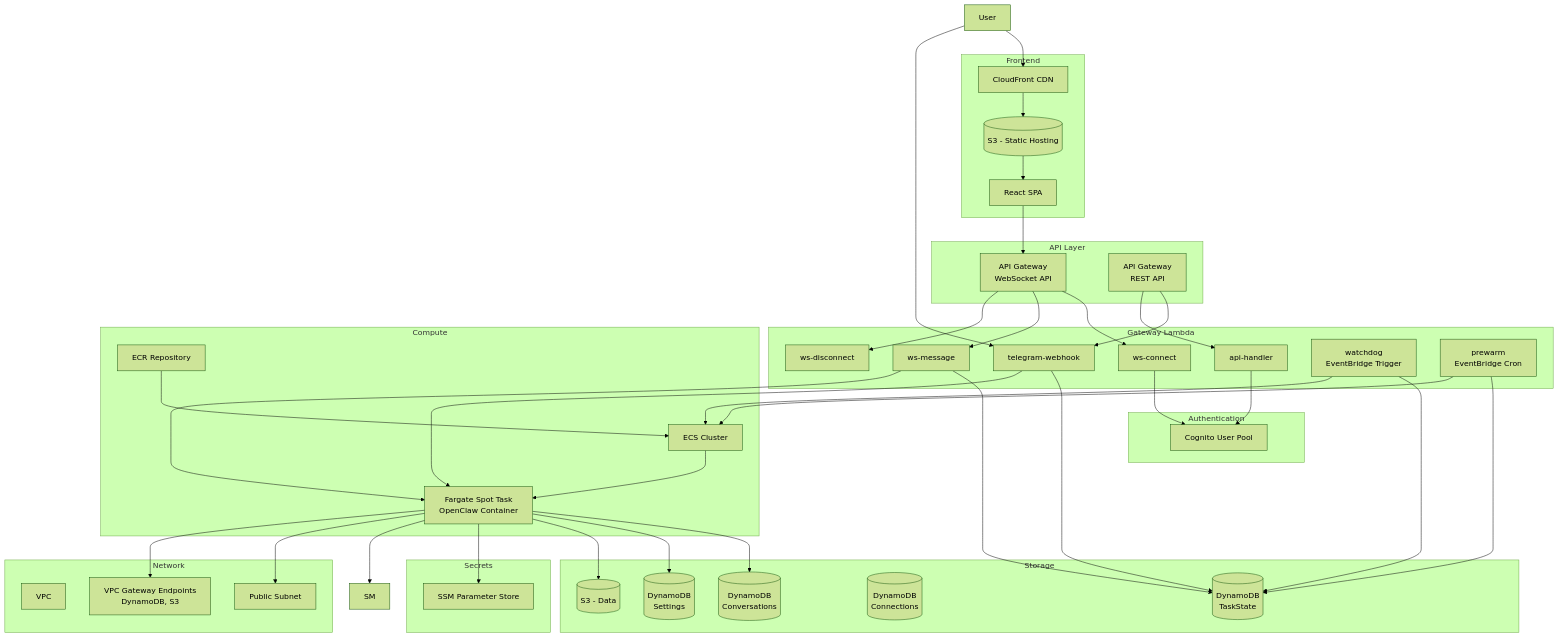
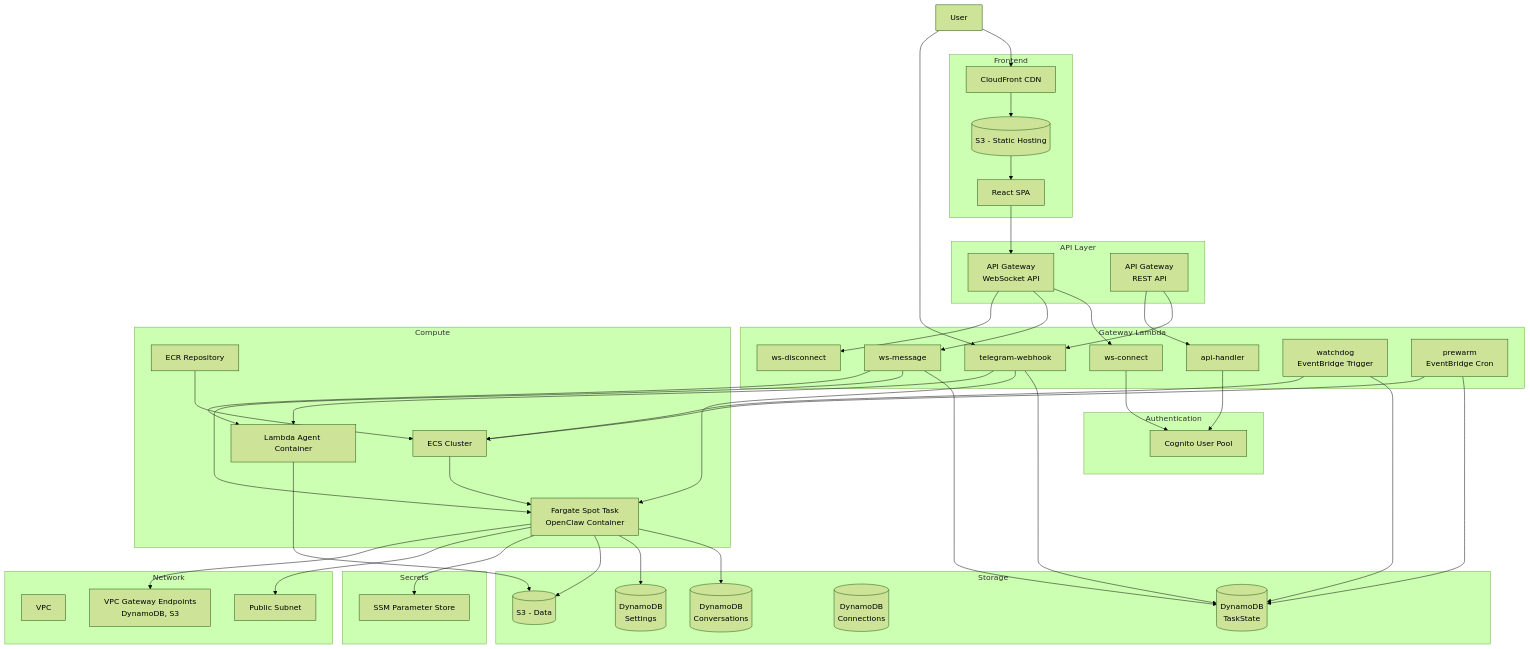
The first of 13 diagrams in docs/architecture.md (tobigs/serverless-openclaw), drawn with Mermaid (forest theme) before and after one commit. The commit also changed other lines of this file and 11 other files, not shown here.

```diff
--- a/docs/architecture.md
+++ b/docs/architecture.md
@@ -38,6 +38,7 @@
     subgraph "Compute"
         ECS[ECS Cluster]
         Fargate[Fargate Spot Task\nOpenClaw Container]
+        LambdaAgent[Lambda Agent Container]
         ECR[ECR Repository]
     end
 
@@ -72,15 +73,17 @@
     WS_Connect --> Cognito
     WS_Message --> DDB_Task
     WS_Message --> Fargate
+    WS_Message --> LambdaAgent
     TG_Webhook --> DDB_Task
     TG_Webhook --> Fargate
+    TG_Webhook --> LambdaAgent
     API_Handler --> Cognito
 
     Fargate --> DDB_Conv
     Fargate --> DDB_Settings
     Fargate --> S3Data
     Fargate --> SSM
-    Fargate --> SM
+    LambdaAgent --> S3Data
 
     ECS --> Fargate
     ECR --> ECS
```
